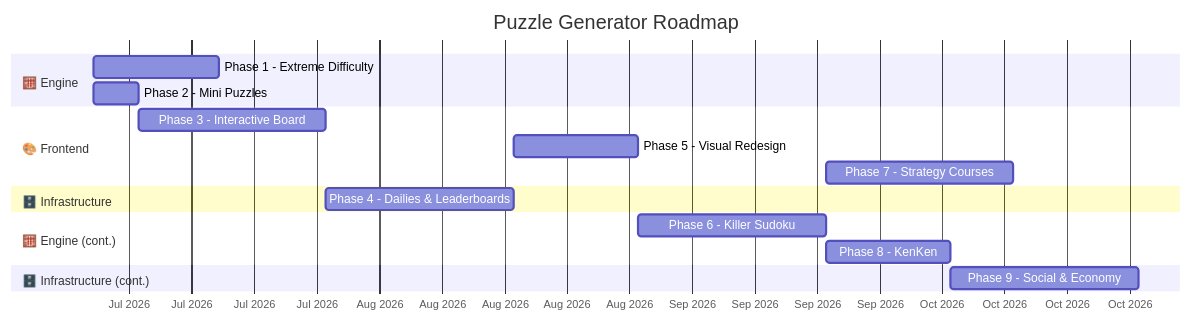
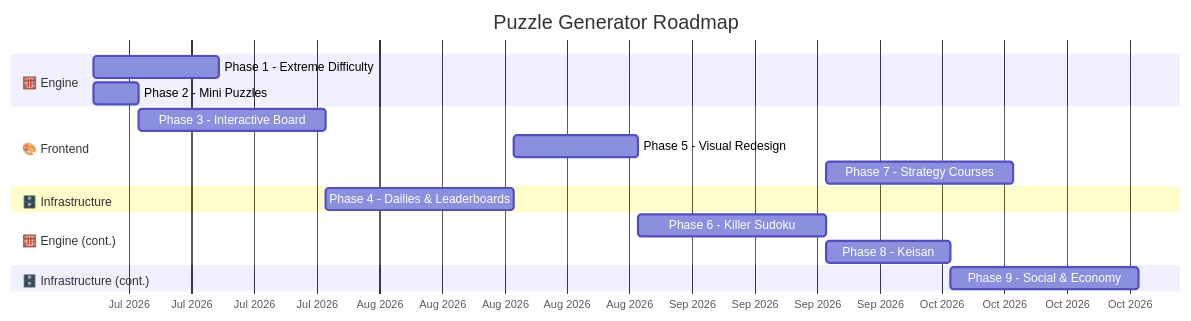
The third of 4 diagrams in Docs/roadmap.md (zfert99/Puzzle-Generator), drawn with Mermaid before and after one commit. The commit also changed other lines of this file and 5 other files, not shown here.

````diff
--- a/Docs/roadmap.md
+++ b/Docs/roadmap.md
@@ -557,25 +557,25 @@
 ```mermaid
 gantt
     title Puzzle Generator Roadmap
     dateFormat YYYY-MM-DD
     axisFormat %b %Y
 
     section 🧮 Engine
     Phase 1 - Extreme Difficulty        :p1, 2026-07-01, 14d
     Phase 2 - Mini Puzzles              :p2, 2026-07-01, 5d
 
     section 🎨 Frontend
     Phase 3 - Interactive Board         :p3, after p2, 21d
     Phase 5 - Visual Redesign           :p5, after p4, 14d
     Phase 7 - Strategy Courses          :p7, after p6, 21d
 
     section 🗄️ Infrastructure
     Phase 4 - Dailies & Leaderboards    :p4, after p3, 21d
 
     section 🧮 Engine (cont.)
     Phase 6 - Killer Sudoku             :p6, after p5, 21d
-    Phase 8 - KenKen                    :p8, after p6, 14d
+    Phase 8 - Keisan                    :p8, after p6, 14d
 
     section 🗄️ Infrastructure (cont.)
     Phase 9 - Social & Economy          :p9, after p8, 21d
 ```
````
